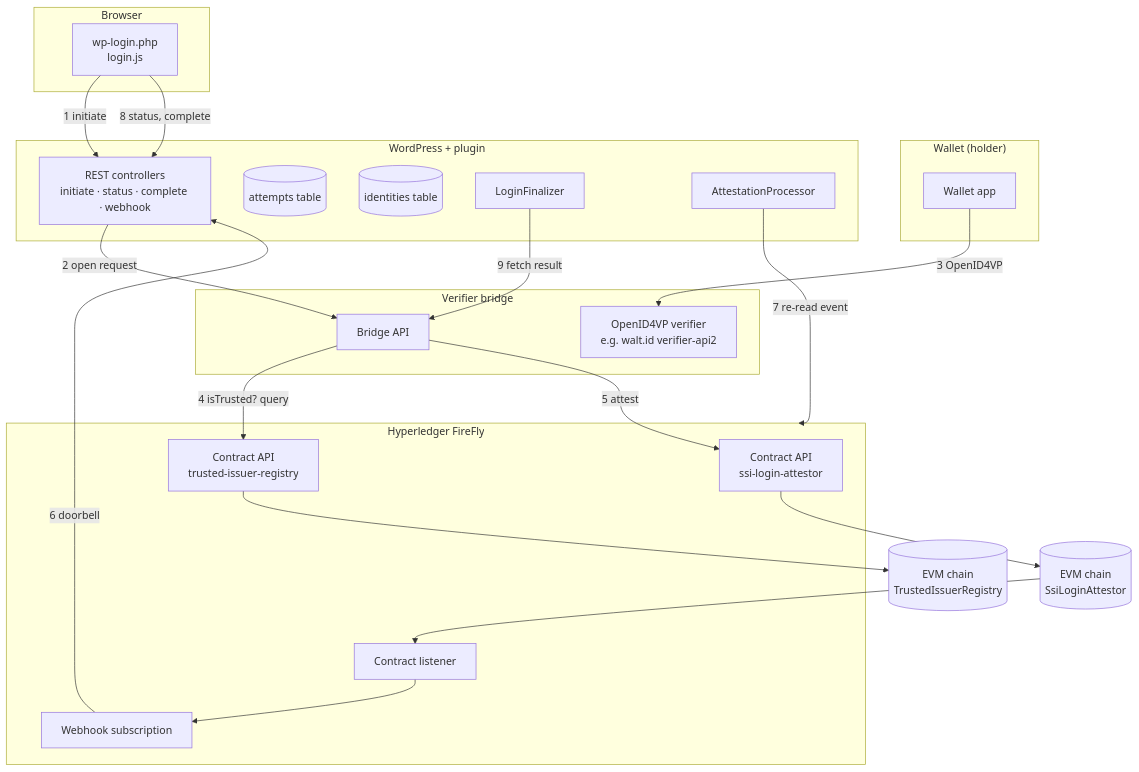
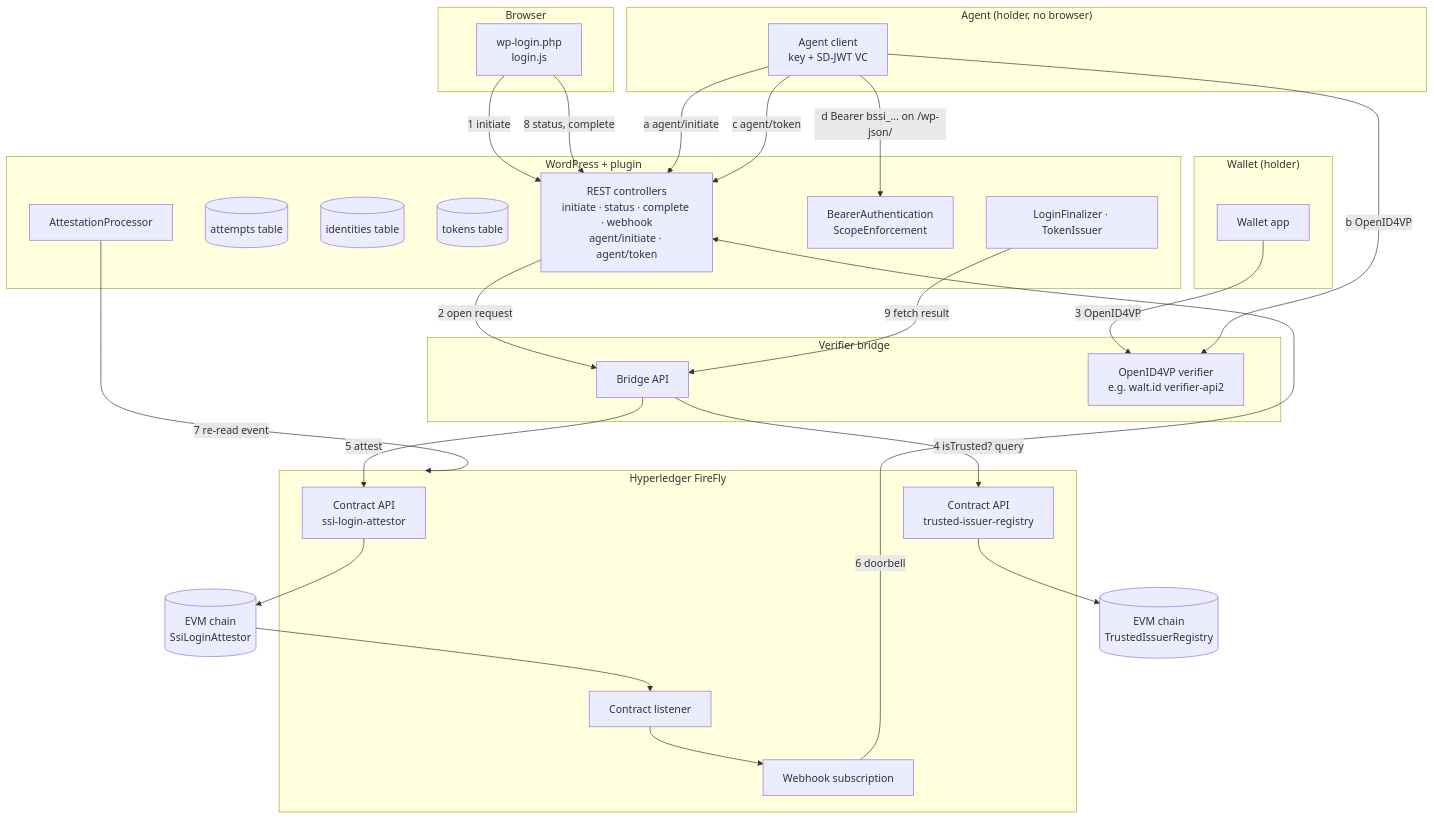
Before and after one commit to bloclabs-io/bloclabs-ssi-login: the diagram in docs/ARCHITECTURE.md, drawn with Mermaid. The commit also changed other lines of this file and 25 other files, not shown here.

````diff
--- a/docs/ARCHITECTURE.md
+++ b/docs/ARCHITECTURE.md
@@ -20,38 +22,47 @@
 ```mermaid
 flowchart TB
     subgraph Browser
         LP[wp-login.php<br/>login.js]
     end
     subgraph Phone["Wallet (holder)"]
         WA[Wallet app]
     end
+    subgraph Agent["Agent (holder, no browser)"]
+        AG[Agent client<br/>key + SD-JWT VC]
+    end
     subgraph WP[WordPress + plugin]
-        R[REST controllers<br/>initiate · status · complete · webhook]
+        R[REST controllers<br/>initiate · status · complete · webhook<br/>agent/initiate · agent/token]
         S[(attempts table)]
         I[(identities table)]
-        LF[LoginFinalizer]
+        T[(tokens table)]
+        LF[LoginFinalizer · TokenIssuer]
+        BA[BearerAuthentication<br/>ScopeEnforcement]
         AP[AttestationProcessor]
     end
     subgraph Sidecar[Verifier bridge]
         BR[Bridge API]
         VE[OpenID4VP verifier<br/>e.g. walt.id verifier-api2]
     end
     subgraph FF[Hyperledger FireFly]
         API[Contract API<br/>ssi-login-attestor]
         RAPI[Contract API<br/>trusted-issuer-registry]
         L[Contract listener]
         SUB[Webhook subscription]
     end
     CH[(EVM chain<br/>SsiLoginAttestor)]
     REG[(EVM chain<br/>TrustedIssuerRegistry)]
 
     LP -->|1 initiate| R
     R -->|2 open request| BR
     WA -->|3 OpenID4VP| VE
     BR -->|4 isTrusted? query| RAPI --> REG
     BR -->|5 attest| API --> CH
     CH --> L --> SUB -->|6 doorbell| R
     AP -->|7 re-read event| FF
     LP -->|8 status, complete| R
     LF -->|9 fetch result| BR
+    AG -->|a agent/initiate| R
+    AG -->|b OpenID4VP| VE
+    AG -->|c agent/token| R
+    AG -->|d Bearer bssi_… on /wp-json/| BA
 ```
````
